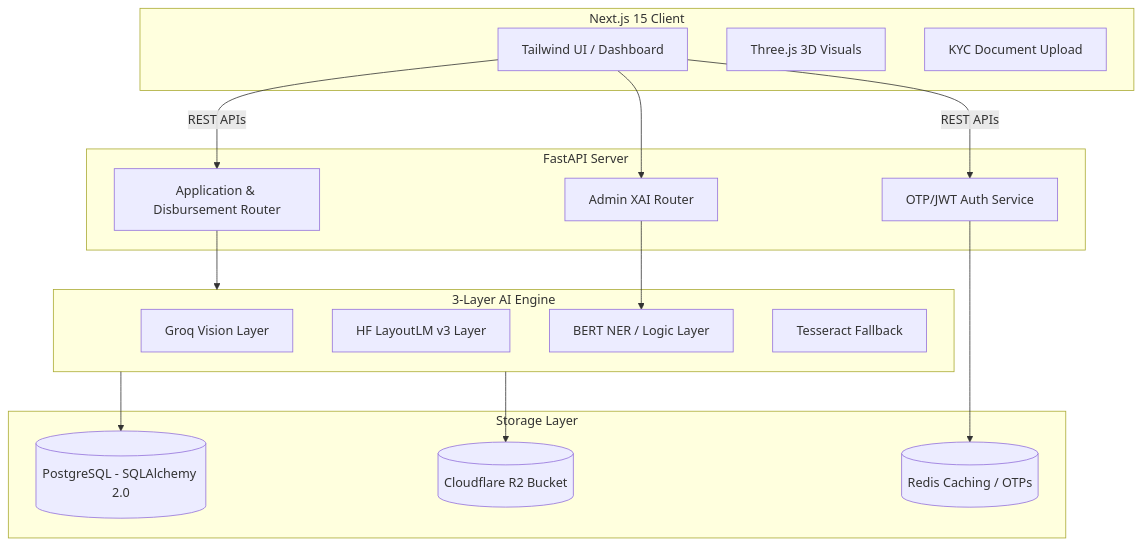
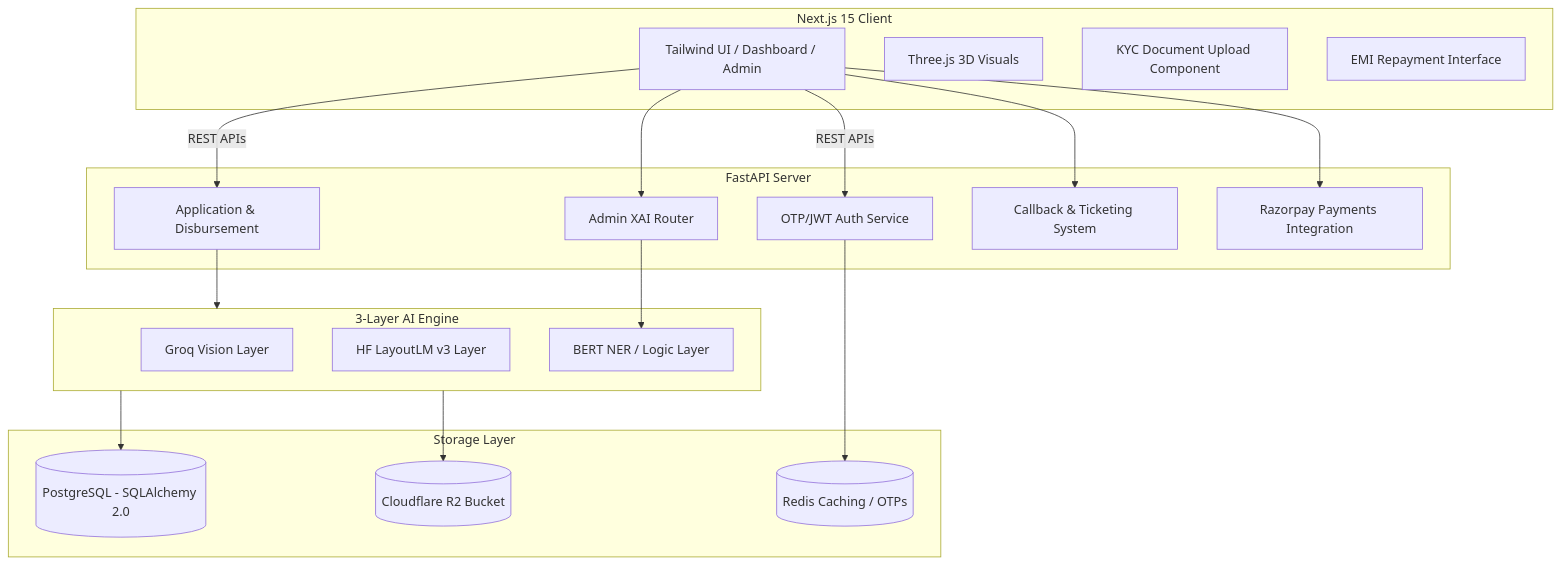
The diagram in README.md (Mayurdoiphode55/nexloan123), drawn with Mermaid before and after one commit. The commit also changed other lines of this file, not shown here.

````diff
--- a/README.md
+++ b/README.md
@@ -48,43 +68,47 @@
 ```mermaid
 graph TD
     %% Frontend Layer
     subgraph Frontend [Next.js 15 Client]
-        UI[Tailwind UI / Dashboard]
+        UI[Tailwind UI / Dashboard / Admin]
         Three[Three.js 3D Visuals]
-        KYC_UI[KYC Document Upload]
+        KYC_UI[KYC Document Upload Component]
+        Pay_UI[EMI Repayment Interface]
     end
 
     %% API Layer
     subgraph Backend [FastAPI Server]
         Auth[OTP/JWT Auth Service]
-        AppRouter[Application & Disbursement Router]
+        AppRouter[Application & Disbursement]
         AdminRouter[Admin XAI Router]
+        SupportRouter[Callback & Ticketing System]
+        PayRouter[Razorpay Payments Integration]
     end
 
     %% AI Pipeline
     subgraph AI_Engine [3-Layer AI Engine]
         GroqV[Groq Vision Layer]
         HF[HF LayoutLM v3 Layer]
         NLP[BERT NER / Logic Layer]
-        OCR[Tesseract Fallback]
     end
 
     %% Storage & Caching
     subgraph Data [Storage Layer]
         PG[(PostgreSQL - SQLAlchemy 2.0)]
         R2[(Cloudflare R2 Bucket)]
         Redis[(Redis Caching / OTPs)]
     end
 
     %% Flow connections
     UI -->|REST APIs| Auth
     UI -->|REST APIs| AppRouter
+    UI --> SupportRouter
+    UI --> PayRouter
     UI --> AdminRouter
     AdminRouter --> NLP
     
     AppRouter --> AI_Engine
     AI_Engine --> PG
     AI_Engine --> R2
     
     Auth --> Redis
 ```
````
